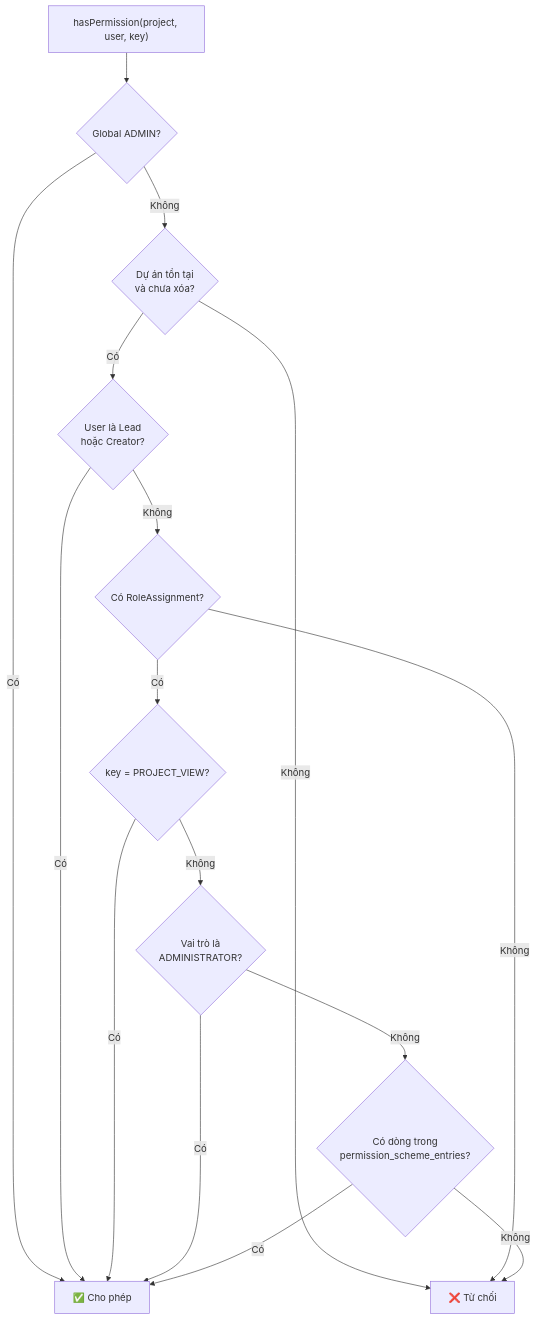
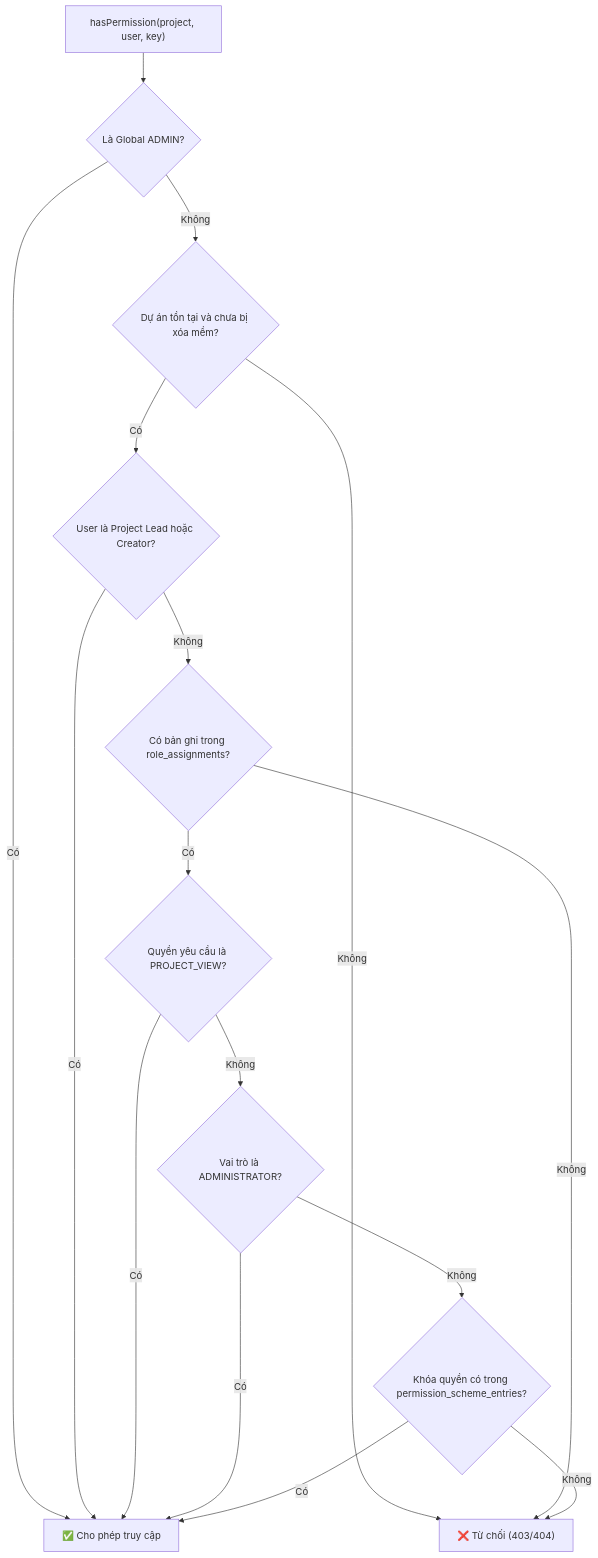
Before and after one commit to Hecker-Chuoi/DATN-2026: the seventh of 11 diagrams in formal_doc/02_NGHIEP_VU_PROJECT.md, drawn with Mermaid. The commit also changed other lines of this file and 60 other files, not shown here.

````diff
--- a/formal_doc/02_NGHIEP_VU_PROJECT.md
+++ b/formal_doc/02_NGHIEP_VU_PROJECT.md
@@ -278,18 +268,18 @@
 ```mermaid
 flowchart TD
-    S["hasPermission(project, user, key)"] --> A{"Global ADMIN?"}
-    A -- "Có" --> Y["✅ Cho phép"]
-    A -- "Không" --> B{"Dự án tồn tại<br/>và chưa xóa?"}
-    B -- "Không" --> N["❌ Từ chối"]
-    B -- "Có" --> C{"User là Lead<br/>hoặc Creator?"}
+    S["hasPermission(project, user, key)"] --> A{"Là Global ADMIN?"}
+    A -- "Có" --> Y["✅ Cho phép truy cập"]
+    A -- "Không" --> B{"Dự án tồn tại và chưa bị xóa mềm?"}
+    B -- "Không" --> N["❌ Từ chối (403/404)"]
+    B -- "Có" --> C{"User là Project Lead hoặc Creator?"}
     C -- "Có" --> Y
-    C -- "Không" --> D{"Có RoleAssignment?"}
+    C -- "Không" --> D{"Có bản ghi trong role_assignments?"}
     D -- "Không" --> N
-    D -- "Có" --> E{"key = PROJECT_VIEW?"}
+    D -- "Có" --> E{"Quyền yêu cầu là PROJECT_VIEW?"}
     E -- "Có" --> Y
-    E -- "Không" --> F{"Vai trò là<br/>ADMINISTRATOR?"}
+    E -- "Không" --> F{"Vai trò là ADMINISTRATOR?"}
     F -- "Có" --> Y
-    F -- "Không" --> G{"Có dòng trong<br/>permission_scheme_entries?"}
+    F -- "Không" --> G{"Khóa quyền có trong permission_scheme_entries?"}
     G -- "Có" --> Y
     G -- "Không" --> N
 ```
````
